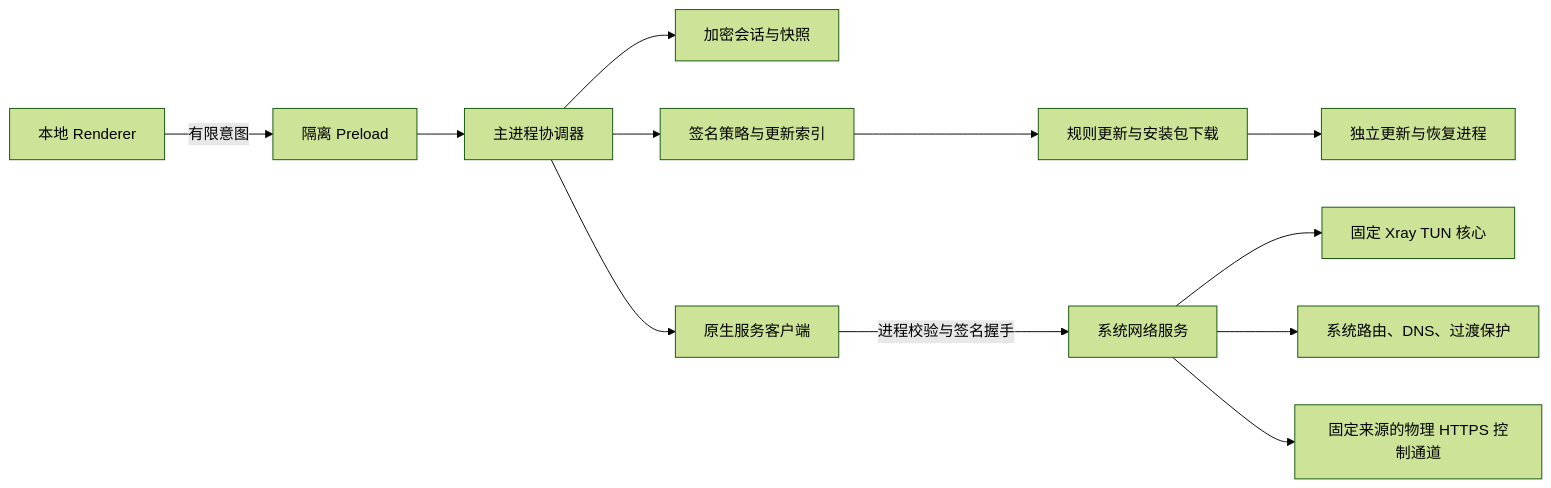
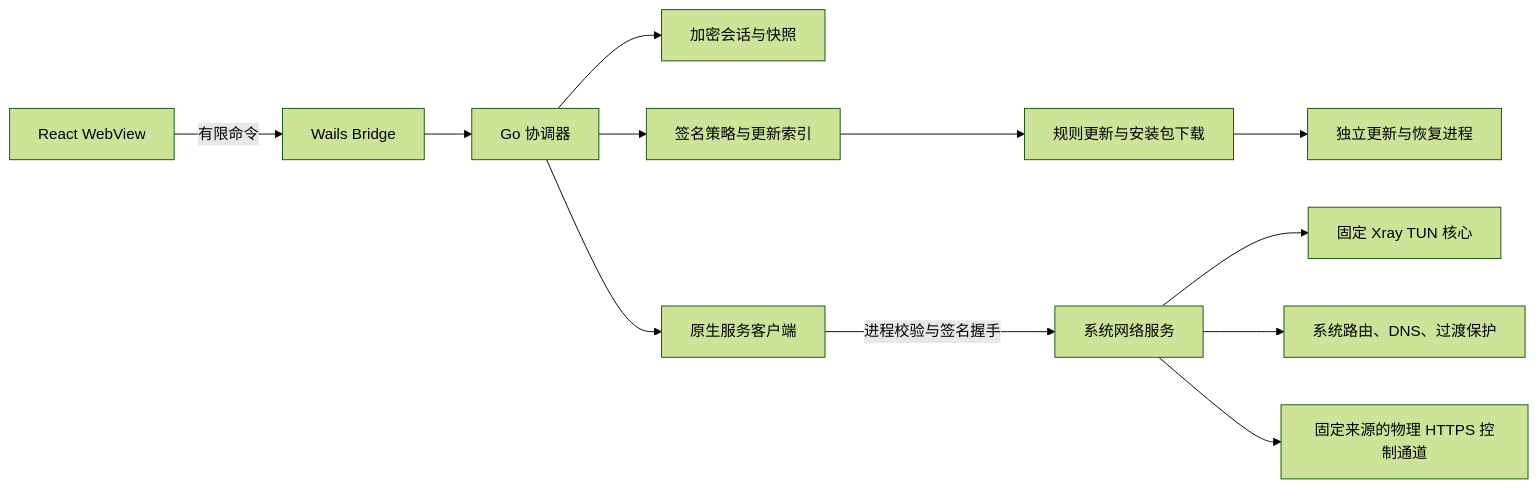
Before and after one commit to leoch627/fernwick: the diagram in docs/architecture.md, drawn with Mermaid (forest theme). The commit also changed other lines of this file and 134 other files, not shown here.

````diff
--- a/docs/architecture.md
+++ b/docs/architecture.md
@@ -3,14 +3,14 @@
 ```mermaid
 flowchart LR
-  R[本地 Renderer] -->|有限意图| P[隔离 Preload]
-  P --> M[主进程协调器]
+  R[React WebView] -->|有限命令| P[Wails Bridge]
+  P --> M[Go 协调器]
   M --> S[加密会话与快照]
   M --> V[签名策略与更新索引]
   V --> D[规则更新与安装包下载]
   M --> N[原生服务客户端]
   N -->|进程校验与签名握手| H[系统网络服务]
   H --> C[固定 Xray TUN 核心]
   H --> O[系统路由、DNS、过渡保护]
   H --> A[固定来源的物理 HTTPS 控制通道]
   D --> U[独立更新与恢复进程]
 ```
````
